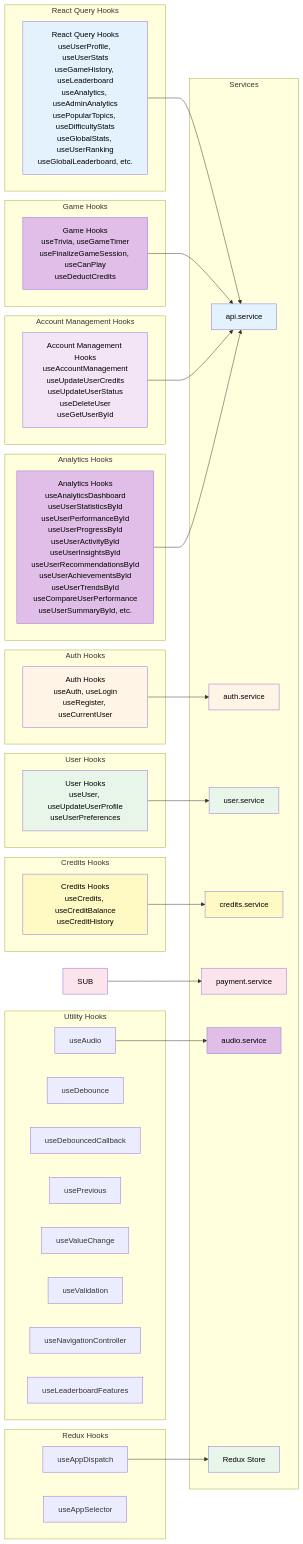
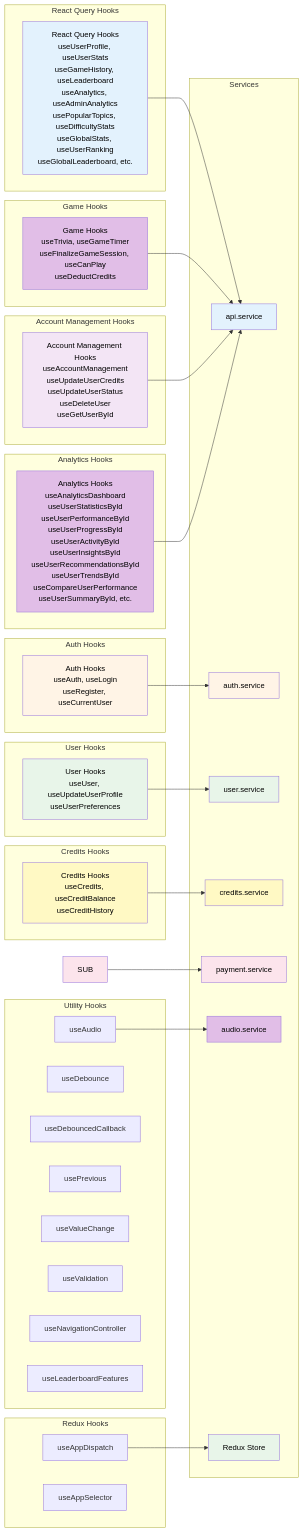
Diagram 20 of 28 in docs/DIAGRAMS.md (IsraelRub/EveryTriv), drawn with Mermaid before and after one commit. The commit also changed other lines of this file and 576 other files, not shown here.

```diff
--- a/docs/DIAGRAMS.md
+++ b/docs/DIAGRAMS.md
@@ -1318,7 +1371,7 @@
     end
 
     subgraph "Analytics Hooks"
-        ANALYTICS[Analytics Hooks<br/>useAnalyticsDashboard<br/>useUserStatisticsById<br/>useUserPerformanceById<br/>useUserProgressById<br/>useUserActivityById<br/>useUserInsightsById<br/>useUserRecommendationsById<br/>useUserAchievementsById<br/>useUserTrendsById<br/>useCompareUserPerformance<br/>useUserSummaryById, etc.]
+        ANALYTICS[Analytics Hooks<br/>useAnalyticsDashboard<br/>useUserStatisticsById<br/>useUserPerformanceById<br/>useUserProgressById<br/>useUserActivityById<br/>useUserInsightsById<br/>useUserRecommendationsById<br/>useUserTrendsById<br/>useCompareUserPerformance<br/>useUserSummaryById, etc.]
     end
 
     subgraph "Utility Hooks"
```
